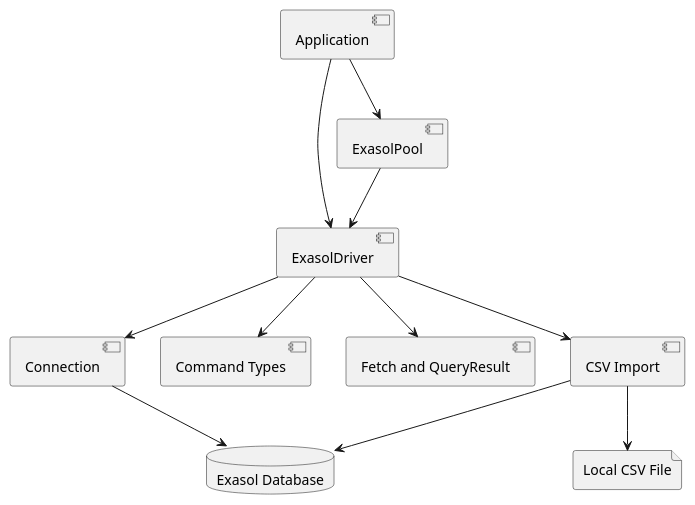
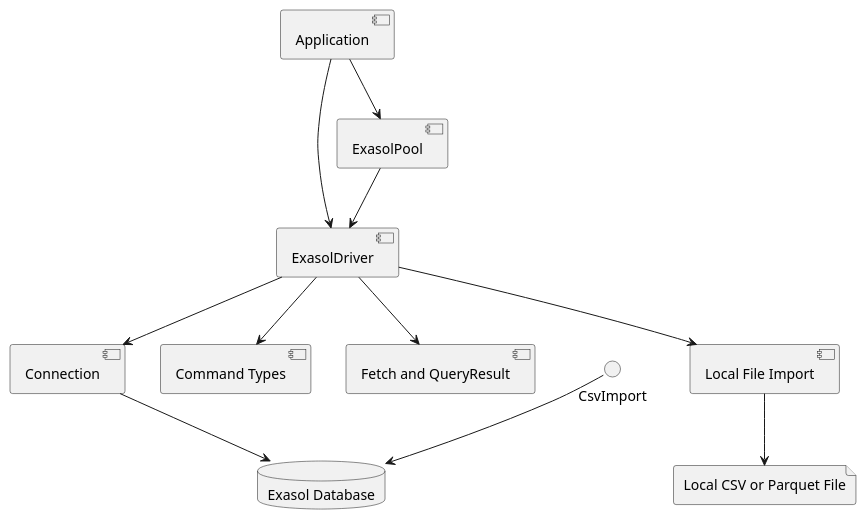
Before and after one commit to exasol/exasol-driver-ts: the diagram in doc/spec/design/building_block_view.md, drawn with PlantUML. The commit also changed other lines of this file and 28 other files, not shown here.

Commit message:
#61: Local parqut import

````diff
--- a/doc/spec/design/building_block_view.md
+++ b/doc/spec/design/building_block_view.md
@@ -7,24 +7,24 @@
 ```plantuml
 @startuml
 component "Application" as App
 component "ExasolDriver" as Driver
 component "Connection" as Connection
 component "Command Types" as Commands
 component "Fetch and QueryResult" as Results
 component "ExasolPool" as Pool
-component "CSV Import" as CsvImport
+component "Local File Import" as FileImport
 database "Exasol Database" as Exasol
-file "Local CSV File" as CsvFile
+file "Local CSV or Parquet File" as LocalFile
 
 App --> Driver
 App --> Pool
 Pool --> Driver
 Driver --> Connection
 Driver --> Commands
 Driver --> Results
-Driver --> CsvImport
-CsvImport --> CsvFile
+Driver --> FileImport
+FileImport --> LocalFile
 Connection --> Exasol
 CsvImport --> Exasol
 @enduml
 ```
````
